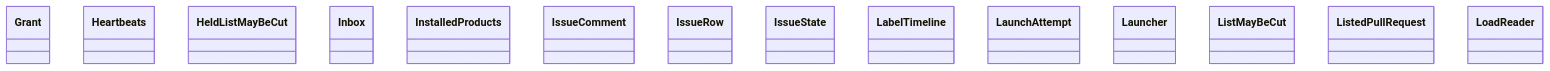
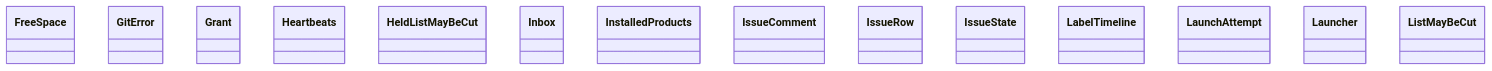
The diagram in docs/architecture/generated/classes-process-application-support-3.md (GonzaloZevallos/agentic-system), drawn with Mermaid before and after one commit. The commit also changed other lines of this file and 12 other files, not shown here.

Commit message:
Place the format_issue module in the support cluster and regenerate the class diagrams

````diff
--- a/docs/architecture/generated/classes-process-application-support-3.md
+++ b/docs/architecture/generated/classes-process-application-support-3.md
@@ -20,17 +20,17 @@
 ```mermaid
 classDiagram
+    class ports__FreeSpace["FreeSpace"]
+    class ports__GitError["GitError"]
     class ports__Grant["Grant"]
     class ports__Heartbeats["Heartbeats"]
     class ports__HeldListMayBeCut["HeldListMayBeCut"]
     class ports__Inbox["Inbox"]
     class ports__InstalledProducts["InstalledProducts"]
     class ports__IssueComment["IssueComment"]
     class ports__IssueRow["IssueRow"]
     class ports__IssueState["IssueState"]
     class ports__LabelTimeline["LabelTimeline"]
     class ports__LaunchAttempt["LaunchAttempt"]
     class ports__Launcher["Launcher"]
     class ports__ListMayBeCut["ListMayBeCut"]
-    class ports__ListedPullRequest["ListedPullRequest"]
-    class ports__LoadReader["LoadReader"]
 ```
````
